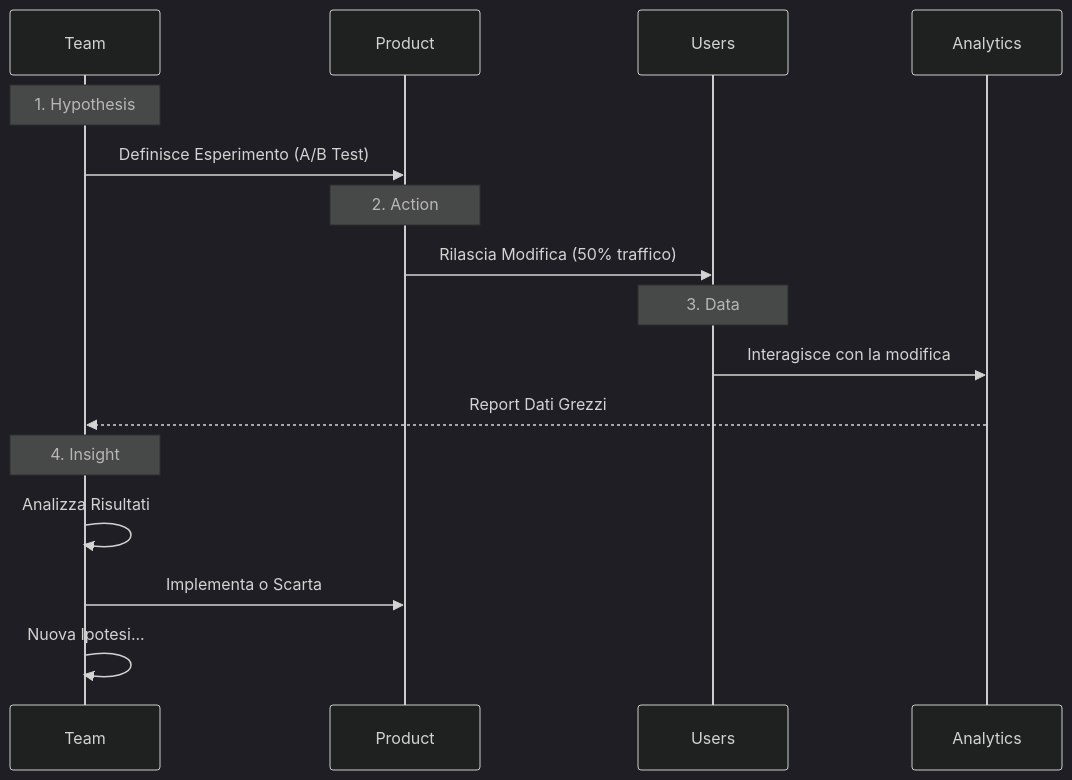
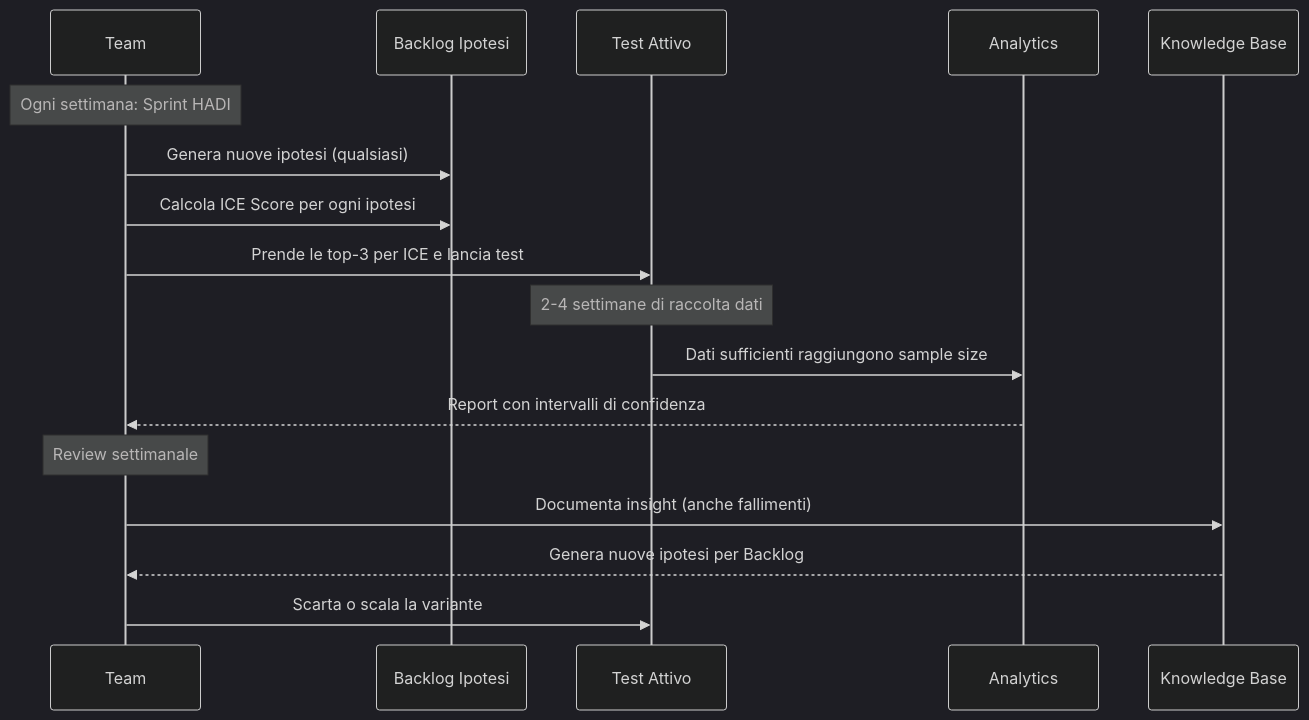
One commit to AndreyBertasini/gynnitech changed the diagram in src/content/blog/hadi-cycles.mdx. Above: the diagram before and after it, drawn with Mermaid (dark theme). The commit also changed other lines of this file and 27 other files, not shown here.

````diff
--- a/src/content/blog/hadi-cycles.mdx
+++ b/src/content/blog/hadi-cycles.mdx
@@ -66,22 +153,22 @@
 ```mermaid
 sequenceDiagram
-    participant Team
-    participant Product
-    participant Users
-    participant Analytics
+    participant Team as Team
+    participant Backlog as Backlog Ipotesi
+    participant Test as Test Attivo
+    participant Analytics as Analytics
+    participant Docs as Knowledge Base
 
-    Note over Team: 1. Hypothesis
-    Team->>Product: Definisce Esperimento (A/B Test)
+    Note over Team: Ogni settimana: Sprint HADI
+    Team->>Backlog: Genera nuove ipotesi (qualsiasi)
+    Team->>Backlog: Calcola ICE Score per ogni ipotesi
+    Team->>Test: Prende le top-3 per ICE e lancia test
 
-    Note over Product: 2. Action
-    Product->>Users: Rilascia Modifica (50% traffico)
+    Note over Test: 2-4 settimane di raccolta dati
+    Test->>Analytics: Dati sufficienti raggiungono sample size
+    Analytics-->>Team: Report con intervalli di confidenza
 
-    Note over Users: 3. Data
-    Users->>Analytics: Interagisce con la modifica
-    Analytics-->>Team: Report Dati Grezzi
-
-    Note over Team: 4. Insight
-    Team->>Team: Analizza Risultati
-    Team->>Product: Implementa o Scarta
-    Team->>Team: Nuova Ipotesi...
+    Note over Team: Review settimanale
+    Team->>Docs: Documenta insight (anche fallimenti)
+    Docs-->>Team: Genera nuove ipotesi per Backlog
+    Team->>Test: Scarta o scala la variante
 ```
````
